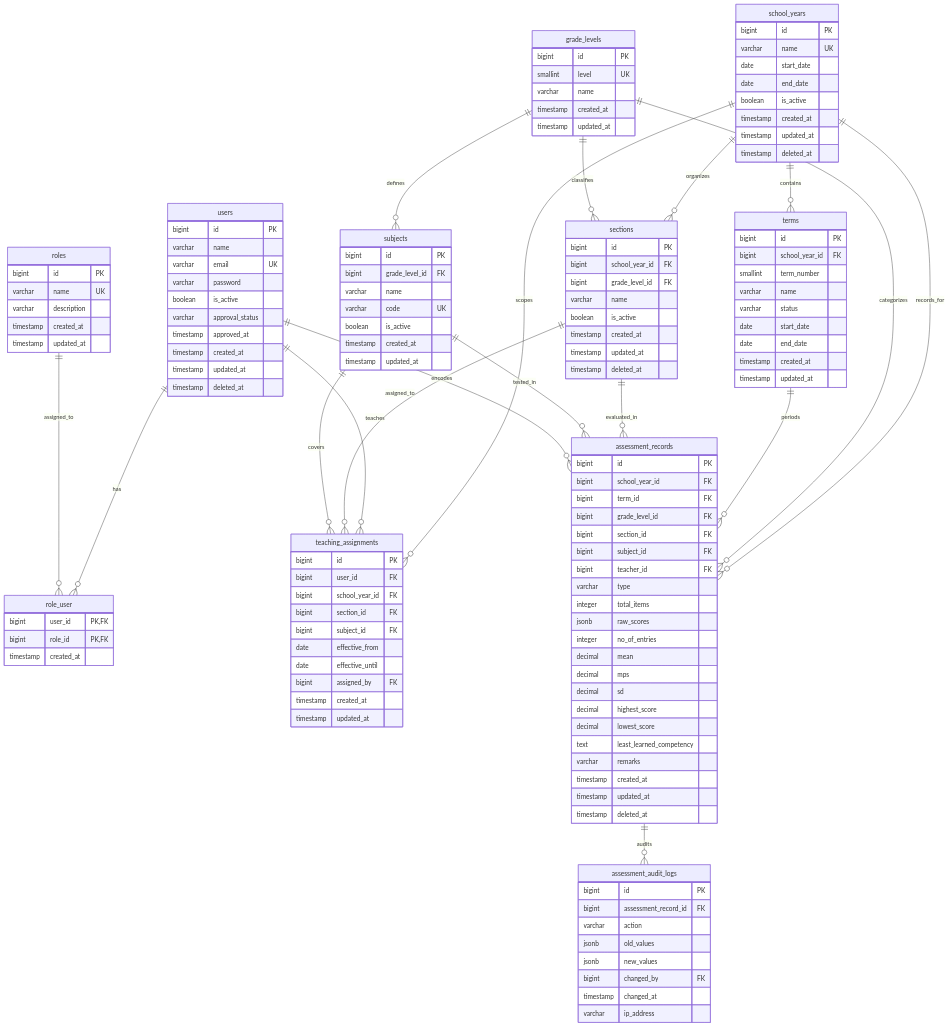
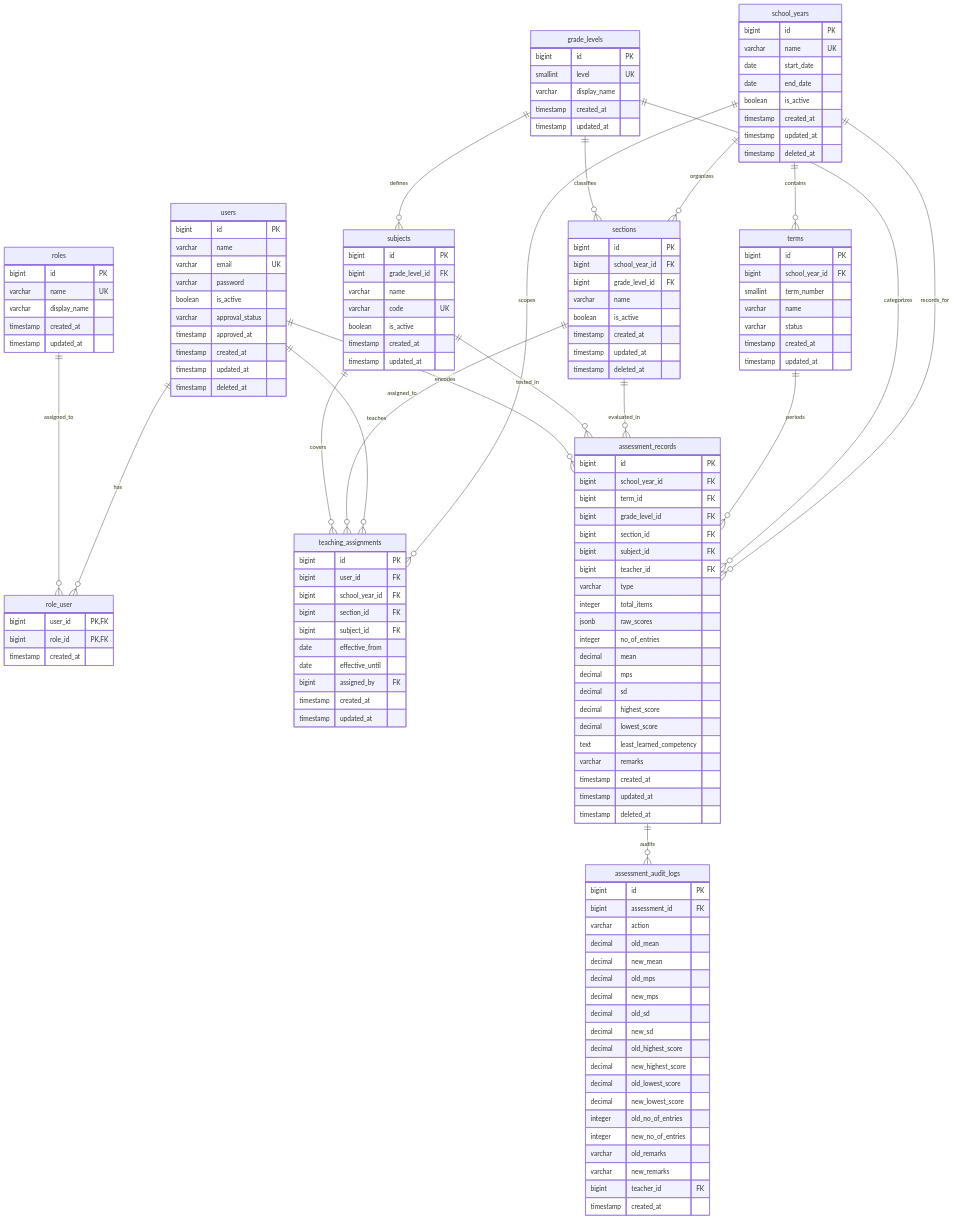
One commit to krtjhn/DNIHS-Assessment-Consolidation-Analytics-System changed the diagram in README.md. Above: the diagram before and after it, drawn with Mermaid. The commit also changed other lines of this file and 9 other files, not shown here.

````diff
--- a/README.md
+++ b/README.md
@@ -183,7 +184,7 @@
     roles {
         bigint id PK
         varchar name UK
-        varchar description
+        varchar display_name
         timestamp created_at
         timestamp updated_at
     }
@@ -211,8 +212,6 @@
         smallint term_number
         varchar name
         varchar status
-        date start_date
-        date end_date
         timestamp created_at
         timestamp updated_at
     }
@@ -220,7 +219,7 @@
     grade_levels {
         bigint id PK
         smallint level UK
-        varchar name
+        varchar display_name
         timestamp created_at
         timestamp updated_at
     }
@@ -285,12 +284,23 @@
 
     assessment_audit_logs {
         bigint id PK
-        bigint assessment_record_id FK
+        bigint assessment_id FK
         varchar action
-        jsonb old_values
-        jsonb new_values
-        bigint changed_by FK
-        timestamp changed_at
-        varchar ip_address
+        decimal old_mean
+        decimal new_mean
+        decimal old_mps
+        decimal new_mps
+        decimal old_sd
+        decimal new_sd
+        decimal old_highest_score
+        decimal new_highest_score
+        decimal old_lowest_score
+        decimal new_lowest_score
+        integer old_no_of_entries
+        integer new_no_of_entries
+        varchar old_remarks
+        varchar new_remarks
+        bigint teacher_id FK
+        timestamp created_at
     }
 ```
````
